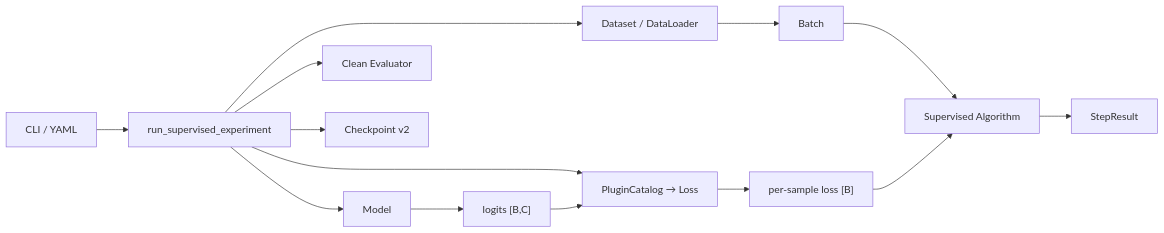
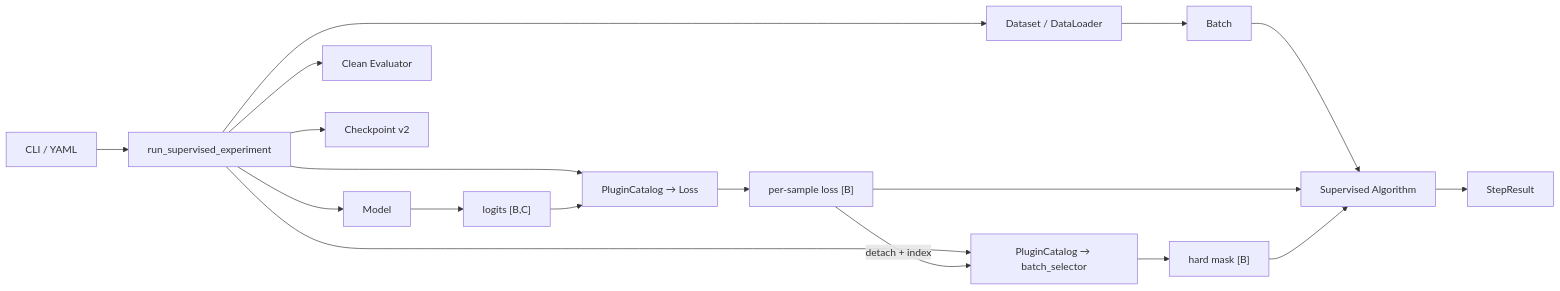
Before and after one commit to seanlee-lile/LNL-toolbox: the diagram in docs/data-flow-guide.md, drawn with Mermaid. The commit also changed other lines of this file and 16 other files, not shown here.

Commit message:
feat(selector): add batch selection and keep-rate schedules

````diff
--- a/docs/data-flow-guide.md
+++ b/docs/data-flow-guide.md
@@ -9,16 +9,20 @@
 ```mermaid
 flowchart LR
     A["CLI / YAML"] --> B["run_supervised_experiment"]
     B --> C["Dataset / DataLoader"]
     B --> D["Model"]
     B --> E["PluginCatalog → Loss"]
+    B --> S["PluginCatalog → batch_selector"]
     C --> F["Batch"]
     D --> G["logits [B,C]"]
     G --> E
     E --> H["per-sample loss [B]"]
+    H -->|"detach + index"| S
+    S --> M["hard mask [B]"]
     F --> I["Supervised Algorithm"]
     H --> I
+    M --> I
     I --> J["StepResult"]
     B --> K["Clean Evaluator"]
     B --> L["Checkpoint v2"]
 ```
````
